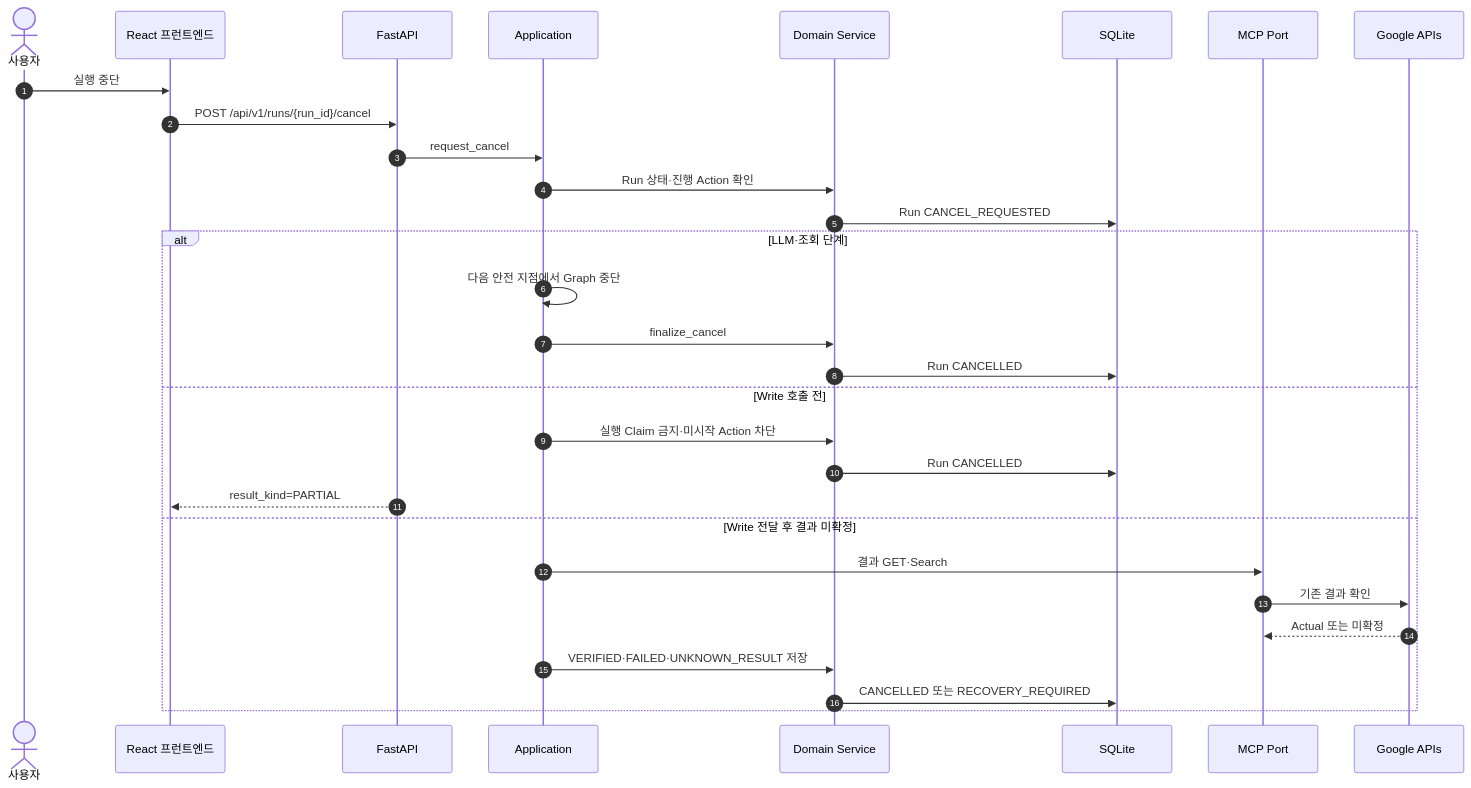
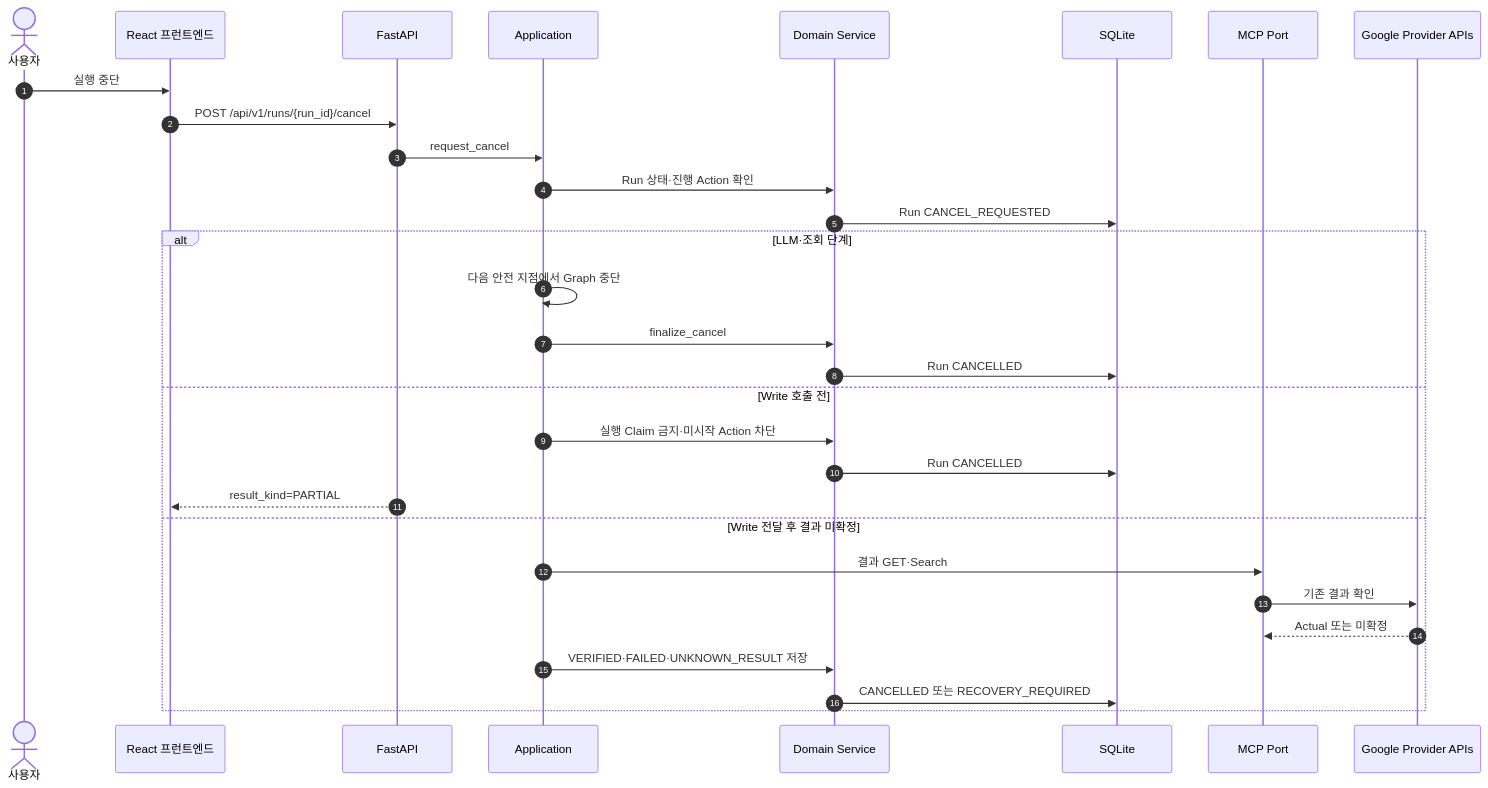
Before and after one commit to solar-ai-dev/google-work-agent: diagram 15 of 20 in docs/08-sequence-design.md, drawn with Mermaid. The commit also changed other lines of this file and 22 other files, not shown here.

````diff
--- a/docs/08-sequence-design.md
+++ b/docs/08-sequence-design.md
@@ -703,34 +798,34 @@
 ```mermaid
 sequenceDiagram
     autonumber
     actor U as 사용자
     participant FE as React 프런트엔드
     participant API as FastAPI
     participant APP as Application
     participant DOM as Domain Service
     participant DB as SQLite
     participant MCP as MCP Port
-    participant G as Google APIs
+    participant G as Google Provider APIs
 
     U->>FE: 실행 중단
     FE->>API: POST /api/v1/runs/{run_id}/cancel
     API->>APP: request_cancel
     APP->>DOM: Run 상태·진행 Action 확인
     DOM->>DB: Run CANCEL_REQUESTED
 
     alt LLM·조회 단계
         APP->>APP: 다음 안전 지점에서 Graph 중단
         APP->>DOM: finalize_cancel
         DOM->>DB: Run CANCELLED
     else Write 호출 전
         APP->>DOM: 실행 Claim 금지·미시작 Action 차단
         DOM->>DB: Run CANCELLED
         API-->>FE: result_kind=PARTIAL
     else Write 전달 후 결과 미확정
         APP->>MCP: 결과 GET·Search
         MCP->>G: 기존 결과 확인
         G-->>MCP: Actual 또는 미확정
         APP->>DOM: VERIFIED·FAILED·UNKNOWN_RESULT 저장
         DOM->>DB: CANCELLED 또는 RECOVERY_REQUIRED
     end
 ```
````
